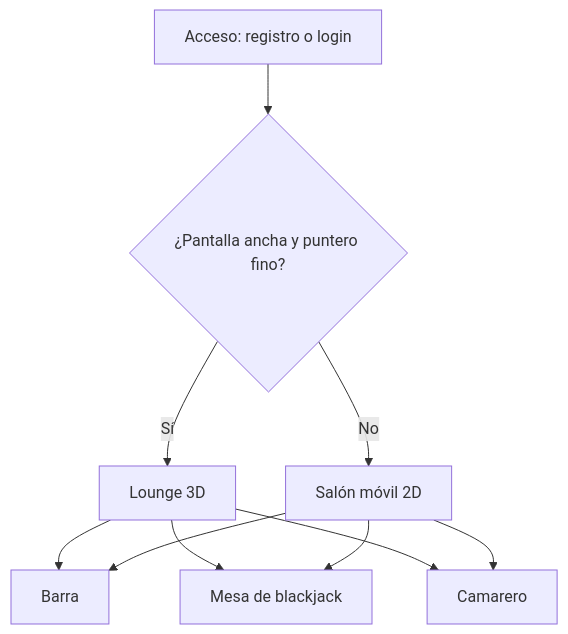
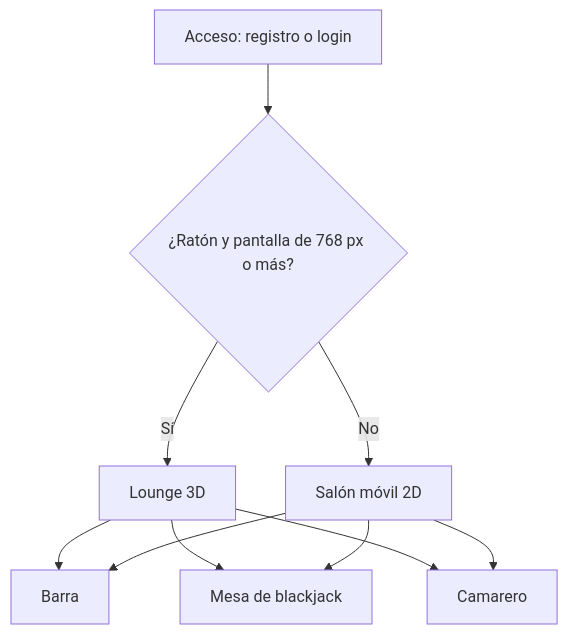
The diagram in README.md (iulian640/iulianlounge-frontend), drawn with Mermaid before and after one commit. The commit also changed other lines of this file and 1 other file, not shown here.

Commit message:
docs(readme): plain wording for how the app picks the 3D or the mobile version IUL-33

````diff
--- a/README.md
+++ b/README.md
@@ -149,12 +149,12 @@
 ```mermaid
 flowchart TD
-    A[Acceso: registro o login] --> B{¿Pantalla ancha y puntero fino?}
+    A[Acceso: registro o login] --> B{¿Ratón y pantalla de 768 px o más?}
     B -- Sí --> C[Lounge 3D]
     B -- No --> D[Salón móvil 2D]
     C --> E[Barra]
     C --> F[Mesa de blackjack]
     C --> G[Camarero]
     D --> E
     D --> F
     D --> G
 ```
````
